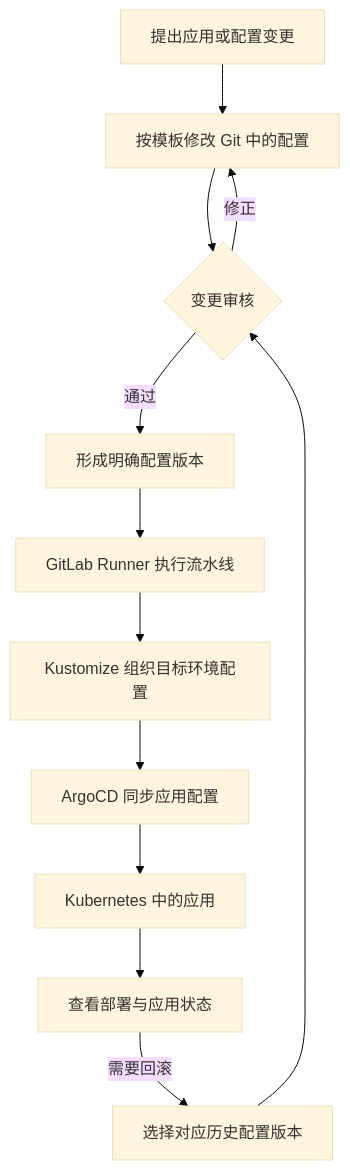
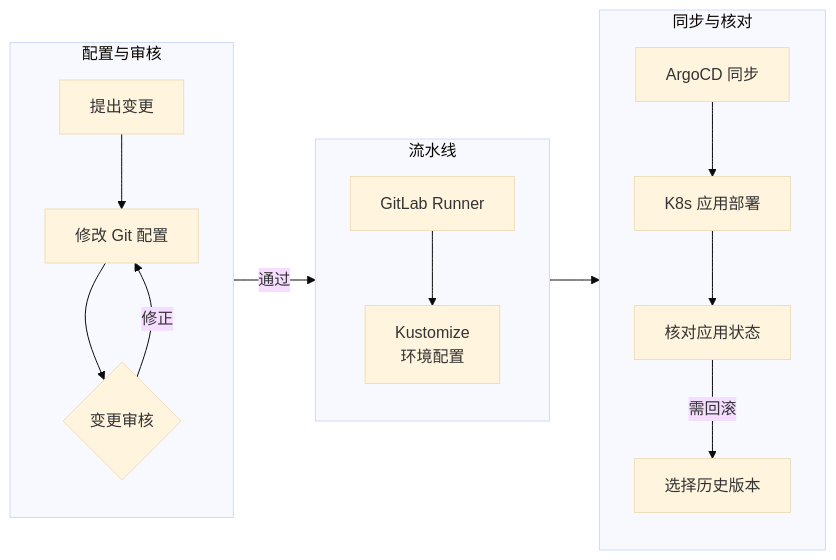
One commit to cytlabs/personal-site changed the first of 2 diagrams in content/cases/enterprise-gitops-platform.md. Above: the diagram before and after it, drawn with Mermaid (base theme). The commit also changed other lines of this file and 17 other files, not shown here.

First line of the commit message:
统一图表排版、主题和大图查看 (#15)

````diff
--- a/content/cases/enterprise-gitops-platform.md
+++ b/content/cases/enterprise-gitops-platform.md
@@ -17,14 +17,18 @@
 ```mermaid
-flowchart TD
-    A["提出应用或配置变更"] --> B["按模板修改 Git 中的配置"]
-    B --> C{"变更审核"}
-    C -->|修正| B
-    C -->|通过| D["形成明确配置版本"]
-    D --> E["GitLab Runner 执行流水线"]
-    E --> F["Kustomize 组织目标环境配置"]
-    F --> G["ArgoCD 同步应用配置"]
-    G --> H["Kubernetes 中的应用"]
-    H --> I["查看部署与应用状态"]
-    I -->|需要回滚| J["选择对应历史配置版本"]
-    J --> C
+flowchart LR
+    subgraph CONFIG["配置与审核"]
+        direction TB
+        A["提出变更"] --> B["修改 Git 配置"] --> C{"变更审核"}
+        C -->|修正| B
+    end
+    subgraph PIPE["流水线"]
+        direction TB
+        D["GitLab Runner"] --> E["Kustomize<br/>环境配置"]
+    end
+    subgraph DEPLOY["同步与核对"]
+        direction TB
+        F["ArgoCD 同步"] --> G["K8s 应用部署"] --> H["核对应用状态"]
+        H -->|需回滚| R["选择历史版本"]
+    end
+    CONFIG -->|通过| PIPE --> DEPLOY
 ```
````
